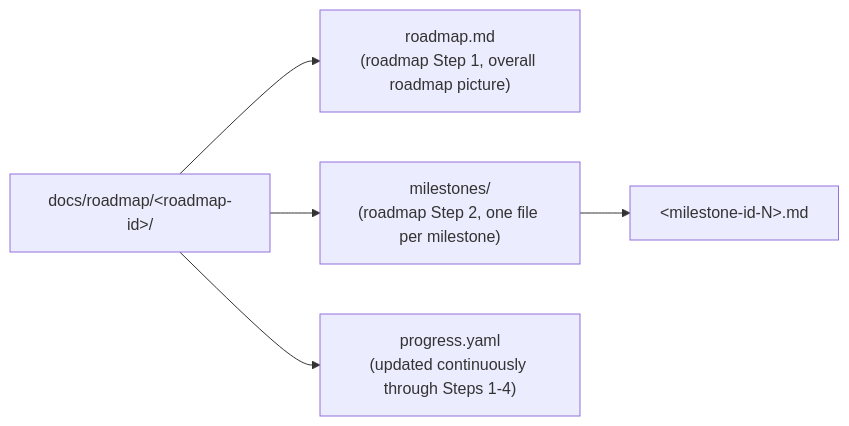
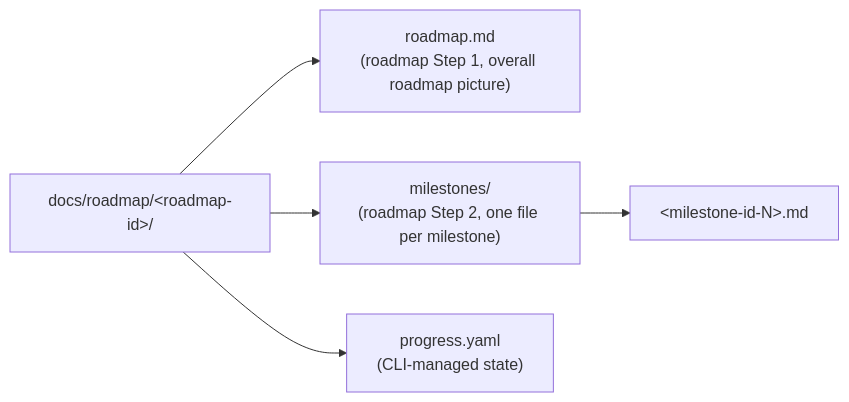
Before and after one commit to totto2727-org/monorepo: the diagram in plugins/totto2727-dev-flow/skills/share-artifacts/SKILL.md, drawn with Mermaid. The commit also changed other lines of this file and 40 other files, not shown here.

Commit message:
docs(dev-flow): prune unused artifact formats

````diff
--- a/plugins/totto2727-dev-flow/skills/share-artifacts/SKILL.md
+++ b/plugins/totto2727-dev-flow/skills/share-artifacts/SKILL.md
@@ -158,12 +99,12 @@
 ```mermaid
 graph LR
     RRoot["docs/roadmap/&lt;roadmap-id&gt;/"]
     RM["roadmap.md<br/>(roadmap Step 1, overall roadmap picture)"]
     MS["milestones/<br/>(roadmap Step 2, one file per milestone)"]
     MS1["&lt;milestone-id-N&gt;.md"]
-    RP["progress.yaml<br/>(updated continuously through Steps 1-4)"]
+    RP["progress.yaml<br/>(CLI-managed state)"]
 
     RRoot --> RM
     RRoot --> MS --> MS1
     RRoot --> RP
 ```
````
